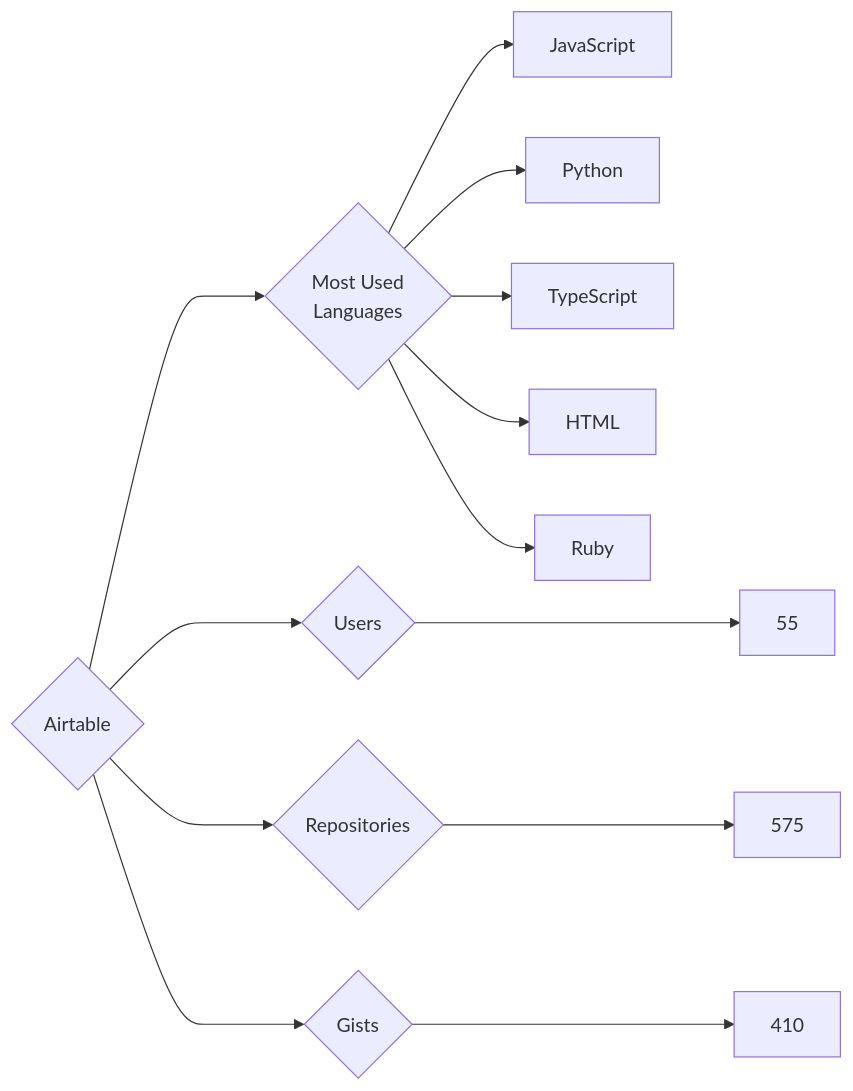
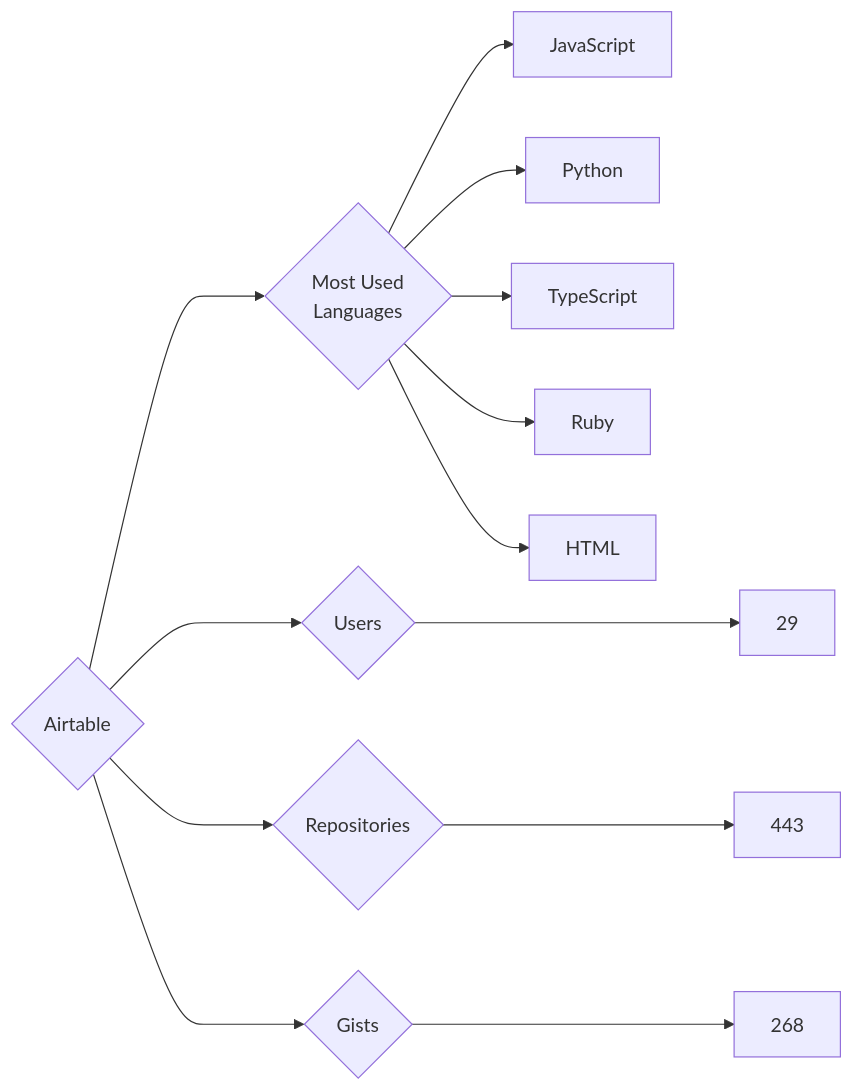
Before and after one commit to trickest/insiders: the diagram in targets/Airtable/README.md, drawn with Mermaid. The commit also changed 837 other files, not shown here.

````diff
--- a/targets/Airtable/README.md
+++ b/targets/Airtable/README.md
@@ -3,13 +3,13 @@
 ```mermaid
 graph LR
 COMPANY_NAME{Airtable}
-COMPANY_NAME ---> U{Users} ---> UN[55]
-COMPANY_NAME ---> R{Repositories} ---> RN[575]
-COMPANY_NAME ---> G{Gists} ---> GN[410]
+COMPANY_NAME ---> U{Users} ---> UN[29]
+COMPANY_NAME ---> R{Repositories} ---> RN[443]
+COMPANY_NAME ---> G{Gists} ---> GN[268]
 COMPANY_NAME ---> ML{Most Used<br>Languages}
 ML --> JavaScript[JavaScript]
 ML --> Python[Python]
 ML --> TypeScript[TypeScript]
+ML --> Ruby[Ruby]
 ML --> HTML[HTML]
-ML --> Ruby[Ruby]
 ```
````
